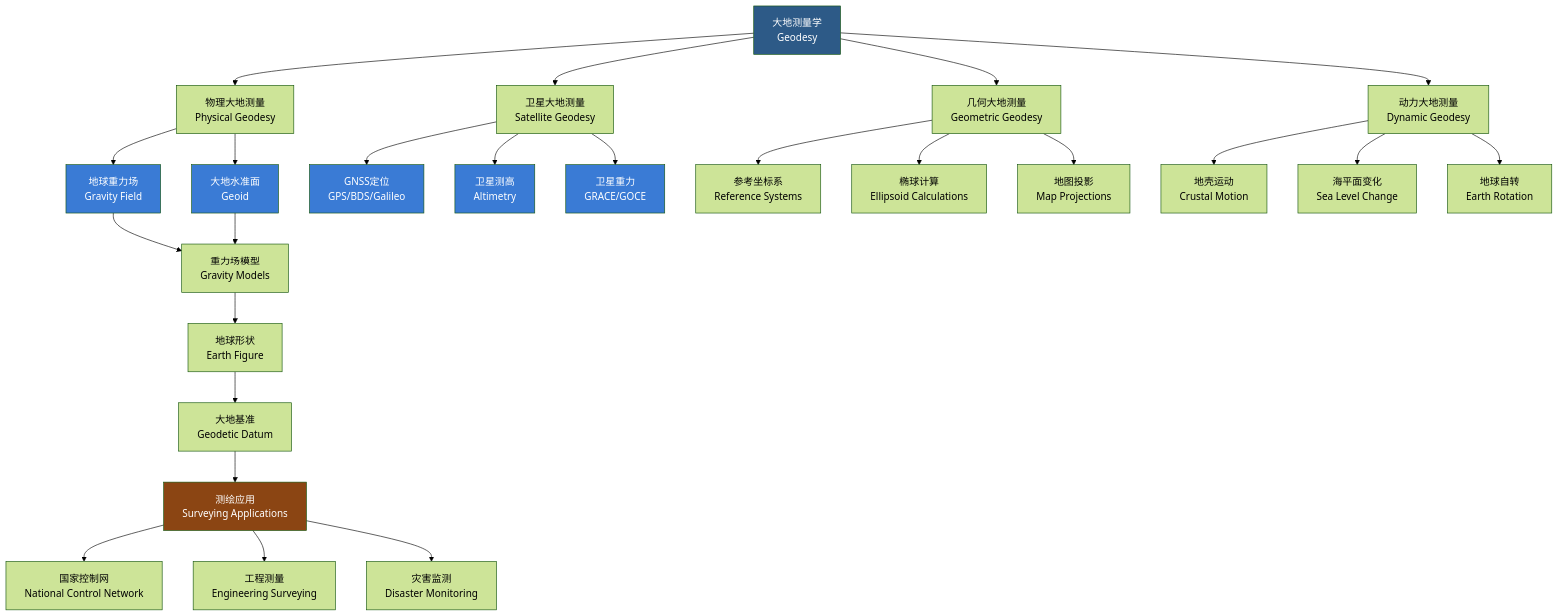
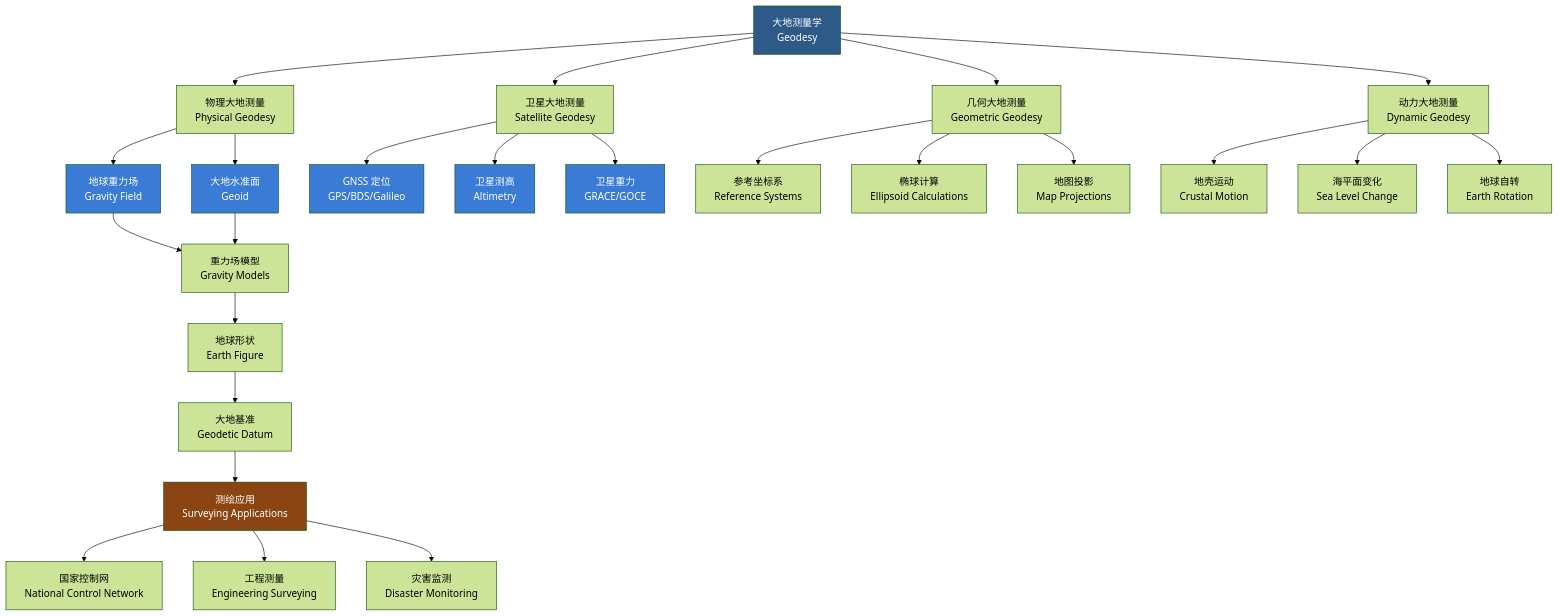
One commit to Tianshang301/TianshangKnowledgeBase changed the diagram in 04_EngineeringAndTechnology/SurveyingAndMappingScience/Geodesy/大地测量.md. Above: the diagram before and after it, drawn with Mermaid (forest theme). The commit also changed 2257 other files, not shown here.

````diff
--- a/04_EngineeringAndTechnology/SurveyingAndMappingScience/Geodesy/大地测量.md
+++ b/04_EngineeringAndTechnology/SurveyingAndMappingScience/Geodesy/大地测量.md
@@ -14,33 +14,33 @@
 ```mermaid
 graph TD
   A["大地测量学<br/>Geodesy"] --> B["物理大地测量<br/>Physical Geodesy"]
   A --> C["卫星大地测量<br/>Satellite Geodesy"]
   A --> D["几何大地测量<br/>Geometric Geodesy"]
   A --> E["动力大地测量<br/>Dynamic Geodesy"]
   B --> F["地球重力场<br/>Gravity Field"]
   B --> G["大地水准面<br/>Geoid"]
-  C --> H["GNSS定位<br/>GPS/BDS/Galileo"]
+  C --> H["GNSS 定位<br/>GPS/BDS/Galileo"]
   C --> I["卫星测高<br/>Altimetry"]
   C --> J["卫星重力<br/>GRACE/GOCE"]
   D --> K["参考坐标系<br/>Reference Systems"]
   D --> L["椭球计算<br/>Ellipsoid Calculations"]
   D --> M["地图投影<br/>Map Projections"]
   E --> N["地壳运动<br/>Crustal Motion"]
   E --> O["海平面变化<br/>Sea Level Change"]
   E --> P["地球自转<br/>Earth Rotation"]
   F --> Q["重力场模型<br/>Gravity Models"]
   G --> Q
   Q --> R["地球形状<br/>Earth Figure"]
   R --> S["大地基准<br/>Geodetic Datum"]
   S --> T["测绘应用<br/>Surveying Applications"]
   T --> U["国家控制网<br/>National Control Network"]
   T --> V["工程测量<br/>Engineering Surveying"]
   T --> W["灾害监测<br/>Disaster Monitoring"]
   style A fill:#2d5a87,color:#fff
   style F fill:#3a7bd5,color:#fff
   style G fill:#3a7bd5,color:#fff
   style H fill:#3a7bd5,color:#fff
   style I fill:#3a7bd5,color:#fff
   style J fill:#3a7bd5,color:#fff
   style T fill:#8b4513,color:#fff
 ```
````
